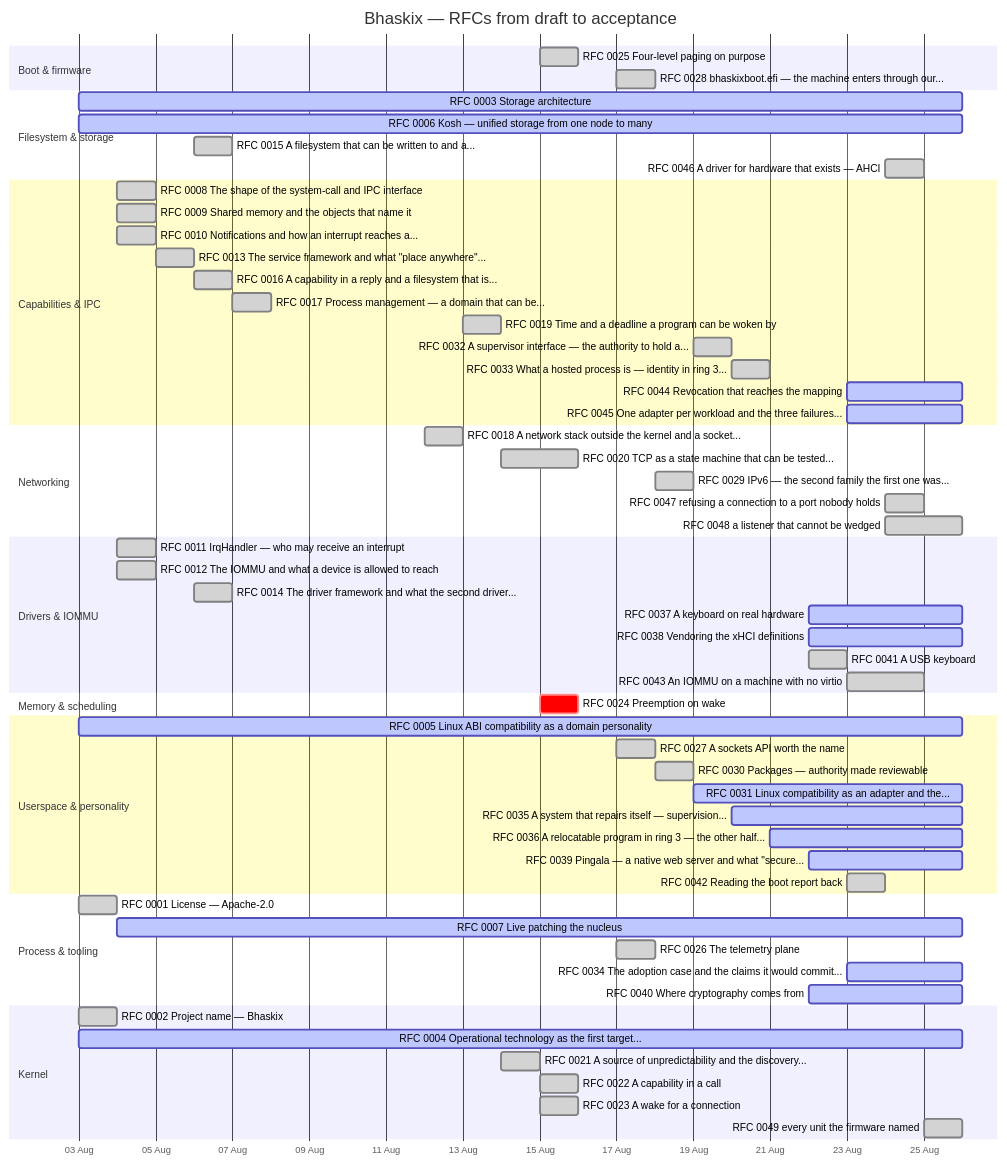
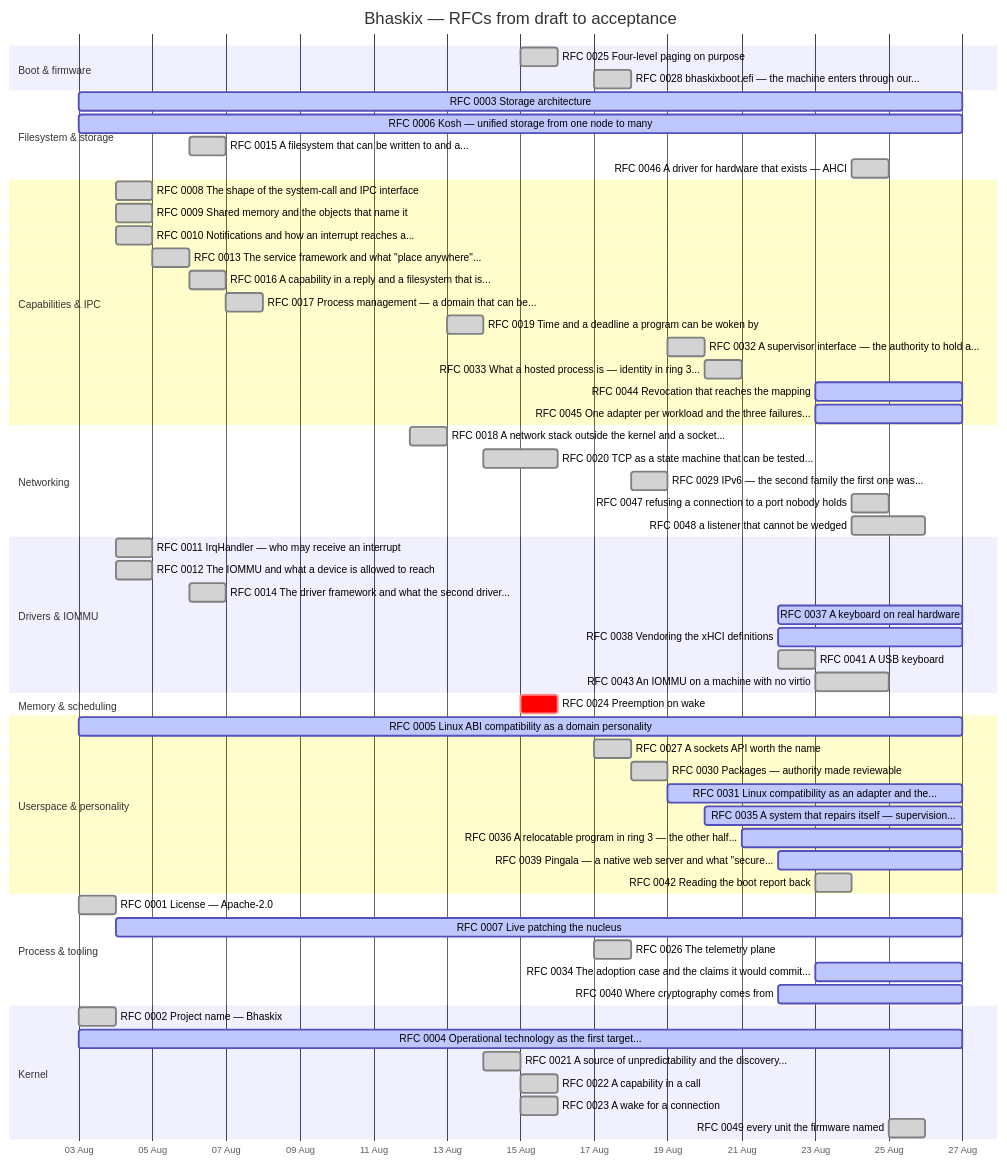
The diagram in docs/progress.md (bhaskix/bhaskix), drawn with Mermaid before and after one commit. The commit also changed other lines of this file and 4 other files, not shown here.

````diff
--- a/docs/progress.md
+++ b/docs/progress.md
@@ -24,65 +24,65 @@
 ```mermaid
 gantt
     title Bhaskix — RFCs from draft to acceptance
     dateFormat YYYY-MM-DD
     axisFormat %d %b
     todayMarker off
     section Boot & firmware
     RFC 0025 Four-level paging on purpose :done, r0025, 2026-08-15, 2026-08-16
     RFC 0028 bhaskixboot.efi — the machine enters through our... :done, r0028, 2026-08-17, 2026-08-18
     section Filesystem & storage
-    RFC 0003 Storage architecture :active, r0003, 2026-08-03, 2026-08-26
-    RFC 0006 Kosh — unified storage from one node to many :active, r0006, 2026-08-03, 2026-08-26
+    RFC 0003 Storage architecture :active, r0003, 2026-08-03, 2026-08-27
+    RFC 0006 Kosh — unified storage from one node to many :active, r0006, 2026-08-03, 2026-08-27
     RFC 0015 A filesystem that can be written to and a... :done, r0015, 2026-08-06, 1d
     RFC 0046 A driver for hardware that exists — AHCI :done, r0046, 2026-08-24, 1d
     section Capabilities & IPC
     RFC 0008 The shape of the system-call and IPC interface :done, r0008, 2026-08-04, 1d
     RFC 0009 Shared memory and the objects that name it :done, r0009, 2026-08-04, 1d
     RFC 0010 Notifications and how an interrupt reaches a... :done, r0010, 2026-08-04, 1d
     RFC 0013 The service framework and what "place anywhere"... :done, r0013, 2026-08-05, 1d
     RFC 0016 A capability in a reply and a filesystem that is... :done, r0016, 2026-08-06, 2026-08-07
     RFC 0017 Process management — a domain that can be... :done, r0017, 2026-08-07, 1d
     RFC 0019 Time and a deadline a program can be woken by :done, r0019, 2026-08-13, 2026-08-14
     RFC 0032 A supervisor interface — the authority to hold a... :done, r0032, 2026-08-19, 2026-08-20
     RFC 0033 What a hosted process is — identity in ring 3... :done, r0033, 2026-08-20, 1d
-    RFC 0044 Revocation that reaches the mapping :active, r0044, 2026-08-23, 2026-08-26
-    RFC 0045 One adapter per workload and the three failures... :active, r0045, 2026-08-23, 2026-08-26
+    RFC 0044 Revocation that reaches the mapping :active, r0044, 2026-08-23, 2026-08-27
+    RFC 0045 One adapter per workload and the three failures... :active, r0045, 2026-08-23, 2026-08-27
     section Networking
     RFC 0018 A network stack outside the kernel and a socket... :done, r0018, 2026-08-12, 2026-08-13
     RFC 0020 TCP as a state machine that can be tested... :done, r0020, 2026-08-14, 2026-08-16
     RFC 0029 IPv6 — the second family the first one was... :done, r0029, 2026-08-18, 1d
     RFC 0047 refusing a connection to a port nobody holds :done, r0047, 2026-08-24, 1d
     RFC 0048 a listener that cannot be wedged :done, r0048, 2026-08-24, 2026-08-26
     section Drivers & IOMMU
     RFC 0011 IrqHandler — who may receive an interrupt :done, r0011, 2026-08-04, 1d
     RFC 0012 The IOMMU and what a device is allowed to reach :done, r0012, 2026-08-04, 1d
     RFC 0014 The driver framework and what the second driver... :done, r0014, 2026-08-06, 1d
-    RFC 0037 A keyboard on real hardware :active, r0037, 2026-08-22, 2026-08-26
-    RFC 0038 Vendoring the xHCI definitions :active, r0038, 2026-08-22, 2026-08-26
+    RFC 0037 A keyboard on real hardware :active, r0037, 2026-08-22, 2026-08-27
+    RFC 0038 Vendoring the xHCI definitions :active, r0038, 2026-08-22, 2026-08-27
     RFC 0041 A USB keyboard :done, r0041, 2026-08-22, 2026-08-23
     RFC 0043 An IOMMU on a machine with no virtio :done, r0043, 2026-08-23, 2026-08-25
     section Memory & scheduling
     RFC 0024 Preemption on wake :crit, r0024, 2026-08-15, 1d
     section Userspace & personality
-    RFC 0005 Linux ABI compatibility as a domain personality :active, r0005, 2026-08-03, 2026-08-26
+    RFC 0005 Linux ABI compatibility as a domain personality :active, r0005, 2026-08-03, 2026-08-27
     RFC 0027 A sockets API worth the name :done, r0027, 2026-08-17, 1d
     RFC 0030 Packages — authority made reviewable :done, r0030, 2026-08-18, 2026-08-19
-    RFC 0031 Linux compatibility as an adapter and the... :active, r0031, 2026-08-19, 2026-08-26
-    RFC 0035 A system that repairs itself — supervision... :active, r0035, 2026-08-20, 2026-08-26
-    RFC 0036 A relocatable program in ring 3 — the other half... :active, r0036, 2026-08-21, 2026-08-26
-    RFC 0039 Pingala — a native web server and what "secure... :active, r0039, 2026-08-22, 2026-08-26
+    RFC 0031 Linux compatibility as an adapter and the... :active, r0031, 2026-08-19, 2026-08-27
+    RFC 0035 A system that repairs itself — supervision... :active, r0035, 2026-08-20, 2026-08-27
+    RFC 0036 A relocatable program in ring 3 — the other half... :active, r0036, 2026-08-21, 2026-08-27
+    RFC 0039 Pingala — a native web server and what "secure... :active, r0039, 2026-08-22, 2026-08-27
     RFC 0042 Reading the boot report back :done, r0042, 2026-08-23, 1d
     section Process & tooling
     RFC 0001 License — Apache-2.0 :done, r0001, 2026-08-03, 1d
-    RFC 0007 Live patching the nucleus :active, r0007, 2026-08-04, 2026-08-26
+    RFC 0007 Live patching the nucleus :active, r0007, 2026-08-04, 2026-08-27
     RFC 0026 The telemetry plane :done, r0026, 2026-08-17, 1d
-    RFC 0034 The adoption case and the claims it would commit... :active, r0034, 2026-08-23, 2026-08-26
-    RFC 0040 Where cryptography comes from :active, r0040, 2026-08-22, 2026-08-26
+    RFC 0034 The adoption case and the claims it would commit... :active, r0034, 2026-08-23, 2026-08-27
+    RFC 0040 Where cryptography comes from :active, r0040, 2026-08-22, 2026-08-27
     section Kernel
     RFC 0002 Project name — Bhaskix :done, r0002, 2026-08-03, 1d
-    RFC 0004 Operational technology as the first target... :active, r0004, 2026-08-03, 2026-08-26
+    RFC 0004 Operational technology as the first target... :active, r0004, 2026-08-03, 2026-08-27
     RFC 0021 A source of unpredictability and the discovery... :done, r0021, 2026-08-14, 1d
     RFC 0022 A capability in a call :done, r0022, 2026-08-15, 2026-08-16
     RFC 0023 A wake for a connection :done, r0023, 2026-08-15, 2026-08-16
     RFC 0049 every unit the firmware named :done, r0049, 2026-08-25, 1d
 ```
````
